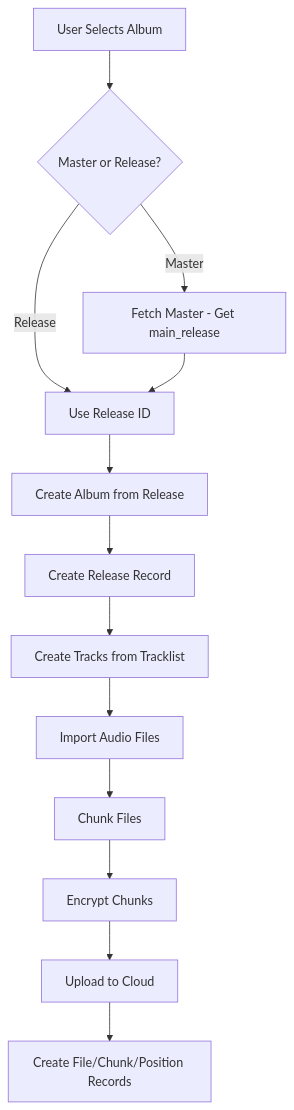
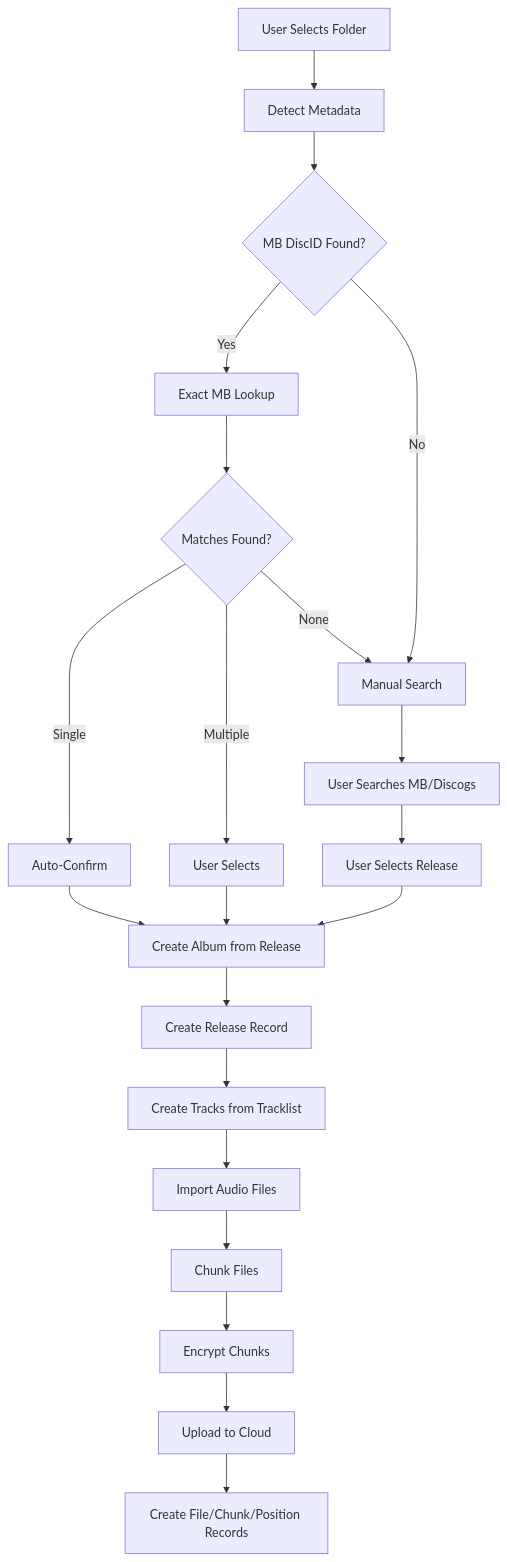
The second of 4 diagrams in BAE_DATABASE_SCHEMA.md (hideselfview/bae), drawn with Mermaid before and after one commit. The commit also changed other lines of this file and 25 other files, not shown here.

````diff
--- a/BAE_DATABASE_SCHEMA.md
+++ b/BAE_DATABASE_SCHEMA.md
@@ -158,15 +168,23 @@
 ```mermaid
 flowchart TD
-    A[User Selects Album] --> B{Master or Release?}
-    B -->|Master| C[Fetch Master - Get main_release]
-    B -->|Release| D[Use Release ID]
-    C --> D
-    D --> E[Create Album from Release]
-    E --> F[Create Release Record]
-    F --> G[Create Tracks from Tracklist]
-    G --> H[Import Audio Files]
-    H --> I[Chunk Files]
-    I --> J[Encrypt Chunks]
-    J --> K[Upload to Cloud]
-    K --> L[Create File/Chunk/Position Records]
+    A[User Selects Folder] --> B[Detect Metadata]
+    B --> C{MB DiscID Found?}
+    C -->|Yes| D[Exact MB Lookup]
+    C -->|No| E[Manual Search]
+    D --> F{Matches Found?}
+    F -->|Single| G[Auto-Confirm]
+    F -->|Multiple| H[User Selects]
+    F -->|None| E
+    E --> I[User Searches MB/Discogs]
+    I --> J[User Selects Release]
+    G --> K[Create Album from Release]
+    H --> K
+    J --> K
+    K --> L[Create Release Record]
+    L --> M[Create Tracks from Tracklist]
+    M --> N[Import Audio Files]
+    N --> O[Chunk Files]
+    O --> P[Encrypt Chunks]
+    P --> Q[Upload to Cloud]
+    Q --> R[Create File/Chunk/Position Records]
 ```
````
